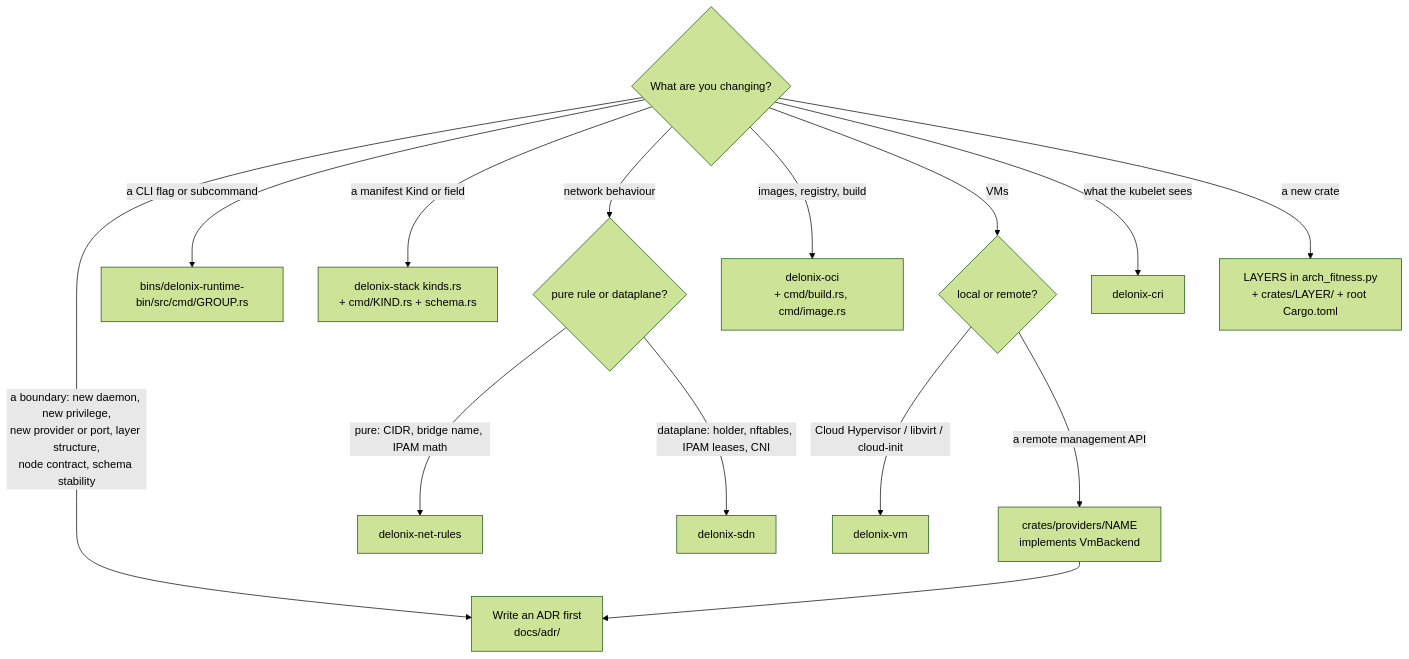
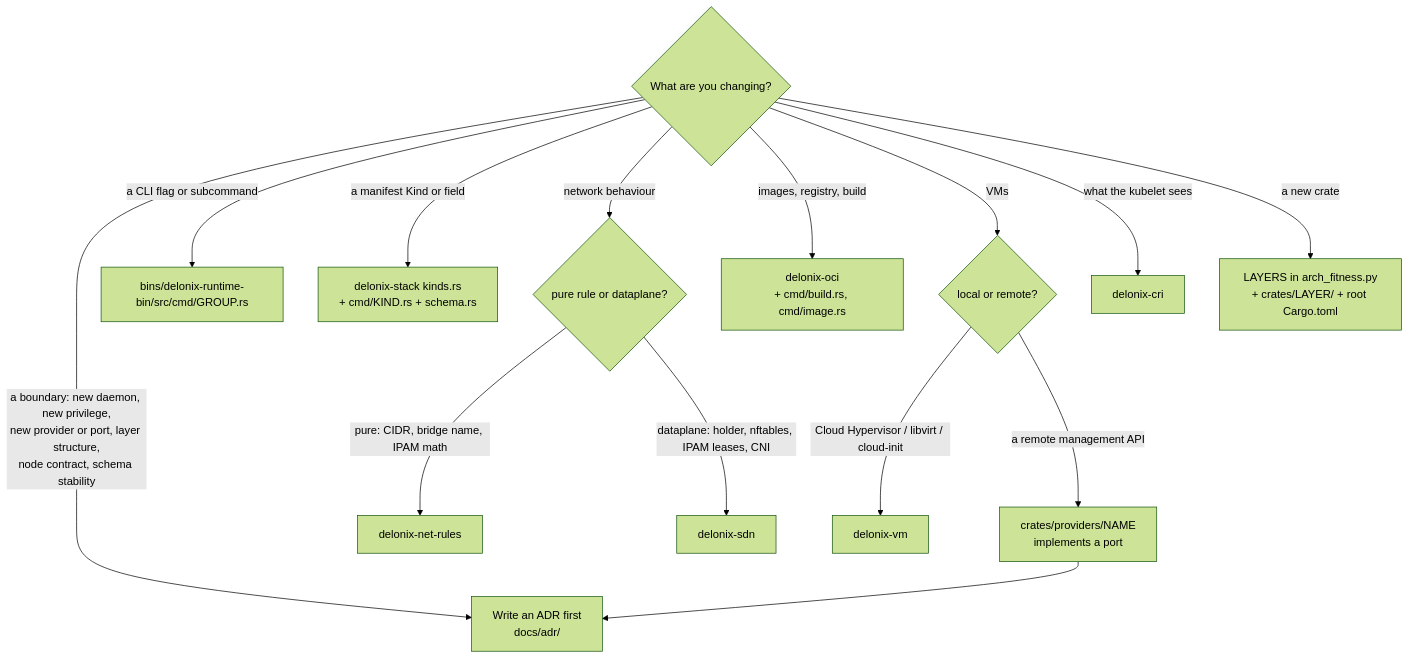
The diagram in docs/dev/fr-FR/start-here.md (angolardevops/delonix-runtime), drawn with Mermaid (forest theme) before and after one commit. The commit also changed other lines of this file and 176 other files, not shown here.

````diff
--- a/docs/dev/fr-FR/start-here.md
+++ b/docs/dev/fr-FR/start-here.md
@@ -258,17 +258,17 @@
 ```mermaid
 flowchart TD
     Q{What are you changing?}
     Q -->|a boundary: new daemon, new privilege,<br/>new provider or port, layer structure,<br/>node contract, schema stability| ADR[Write an ADR first<br/>docs/adr/]
     Q -->|a CLI flag or subcommand| CLI[bins/delonix-runtime-bin/src/cmd/GROUP.rs]
     Q -->|a manifest Kind or field| KIND[delonix-stack kinds.rs<br/>+ cmd/KIND.rs + schema.rs]
     Q -->|network behaviour| NET{pure rule or dataplane?}
     NET -->|pure: CIDR, bridge name, IPAM math| NR[delonix-net-rules]
     NET -->|dataplane: holder, nftables, IPAM leases, CNI| SDN[delonix-sdn]
     Q -->|images, registry, build| OCI[delonix-oci<br/>+ cmd/build.rs, cmd/image.rs]
     Q -->|VMs| VM{local or remote?}
     VM -->|Cloud Hypervisor / libvirt / cloud-init| DVM[delonix-vm]
-    VM -->|a remote management API| PROV[crates/providers/NAME<br/>implements VmBackend]
+    VM -->|a remote management API| PROV[crates/providers/NAME<br/>implements a port]
     Q -->|what the kubelet sees| CRI[delonix-cri]
     Q -->|a new crate| CRATE[LAYERS in arch_fitness.py<br/>+ crates/LAYER/ + root Cargo.toml]
     PROV --> ADR
 ```
````
